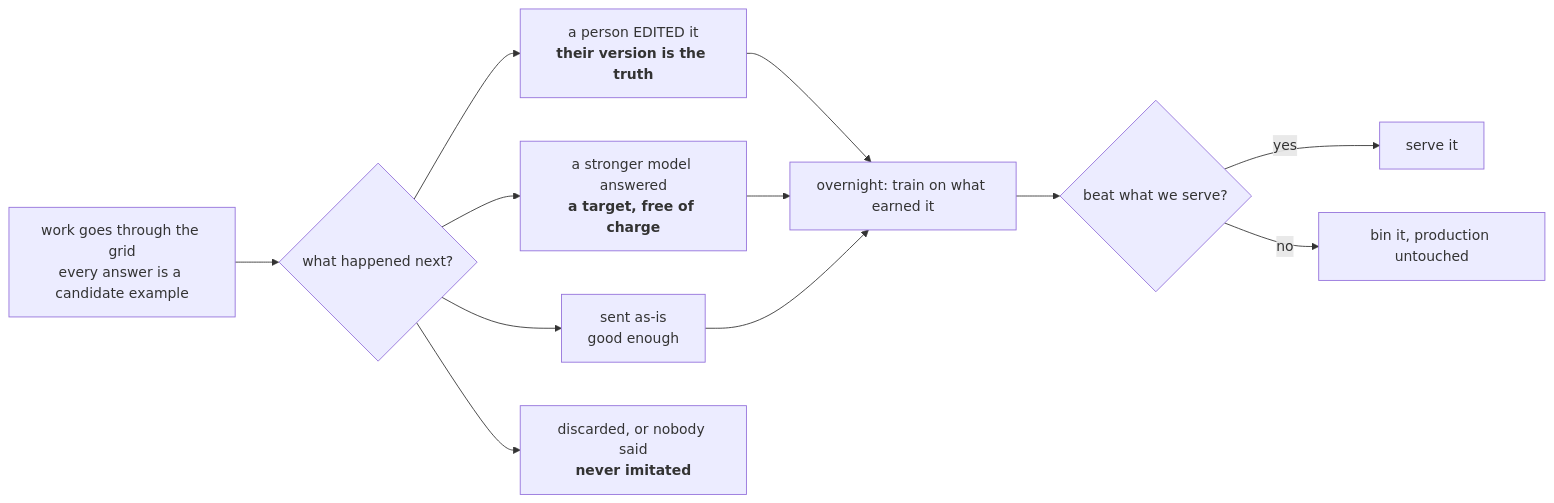
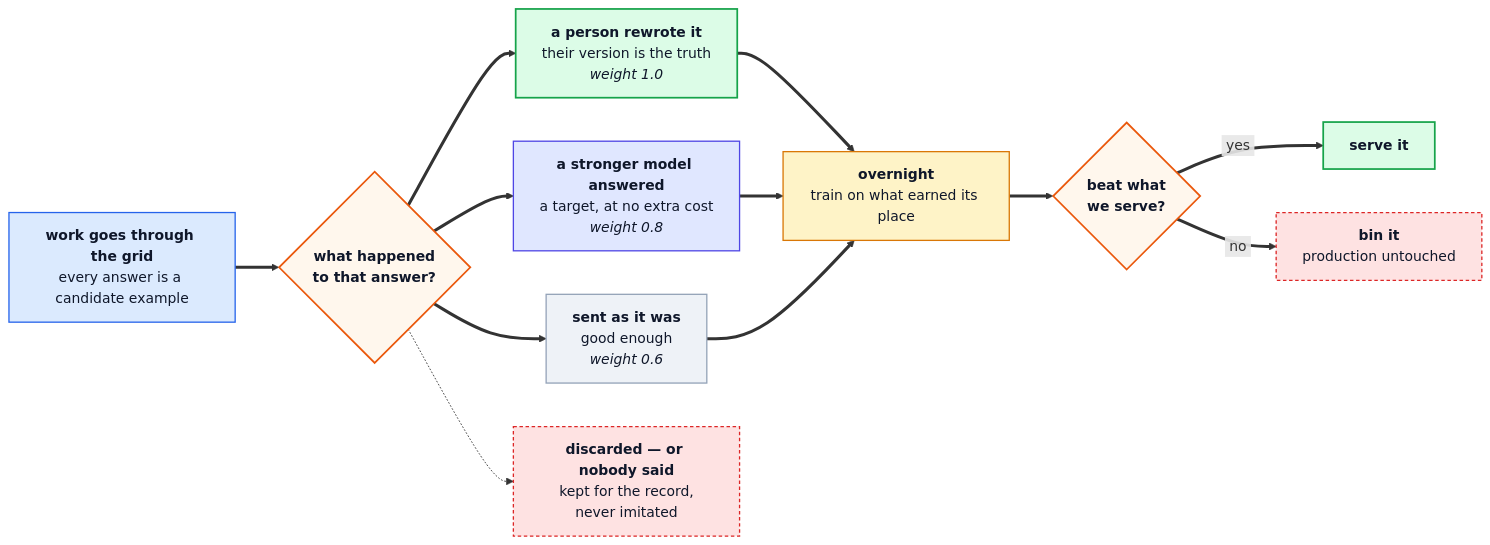
Before and after one commit to autonomous-ai/autonomous-grid: the fifth of 5 diagrams in train/README.md, drawn with Mermaid. The commit also changed other lines of this file, not shown here.

First line of the commit message:
docs(train): this file is the explainer — figures to match

````diff
--- a/train/README.md
+++ b/train/README.md
@@ -226,19 +264,38 @@
 ```mermaid
 flowchart LR
-  W["work goes through the grid<br/>every answer is a candidate example"]
-  V{"what happened next?"}
-  E["a person EDITED it<br/><b>their version is the truth</b>"]
-  T["a stronger model answered<br/><b>a target, free of charge</b>"]
-  A["sent as-is<br/>good enough"]
-  X["discarded, or nobody said<br/><b>never imitated</b>"]
-  N["overnight: train on what earned it"]
-  G{"beat what we serve?"}
-  W --> V
-  V --> E --> N
-  V --> T --> N
-  V --> A --> N
-  V --> X
-  N --> G
-  G -- yes --> S["serve it"]
-  G -- "no" --> D["bin it, production untouched"]
+  W["<b>work goes through the grid</b><br/>every answer is a candidate example"]
+  V{"<b>what happened<br/>to that answer?</b>"}
+  E["<b>a person rewrote it</b><br/>their version is the truth<br/><i>weight 1.0</i>"]
+  T["<b>a stronger model answered</b><br/>a target, at no extra cost<br/><i>weight 0.8</i>"]
+  A["<b>sent as it was</b><br/>good enough<br/><i>weight 0.6</i>"]
+  X["<b>discarded — or nobody said</b><br/>kept for the record,<br/>never imitated"]
+  N["<b>overnight</b><br/>train on what earned its place"]
+  G{"<b>beat what<br/>we serve?</b>"}
+  S["<b>serve it</b>"]
+  D["<b>bin it</b><br/>production untouched"]
+  W ==> V
+  V ==> E ==> N
+  V ==> T ==> N
+  V ==> A ==> N
+  V -.-> X
+  N ==> G
+  G == "&nbsp;yes&nbsp;" ==> S
+  G == "&nbsp;no&nbsp;" ==> D
+
+  classDef src fill:#dbeafe,stroke:#2563eb,stroke-width:1.5px,color:#0f172a
+  classDef ask fill:#fff7ed,stroke:#ea580c,stroke-width:2px,color:#0f172a
+  classDef human fill:#dcfce7,stroke:#16a34a,stroke-width:2px,color:#0f172a
+  classDef teacher fill:#e0e7ff,stroke:#4f46e5,stroke-width:1.5px,color:#0f172a
+  classDef weak fill:#eef2f7,stroke:#94a3b8,stroke-width:1.5px,color:#0f172a
+  classDef never fill:#fee2e2,stroke:#dc2626,stroke-width:1.5px,color:#0f172a,stroke-dasharray:4 3
+  classDef night fill:#fef3c7,stroke:#d97706,stroke-width:1.5px,color:#0f172a
+  class W src
+  class V,G ask
+  class E human
+  class T teacher
+  class A weak
+  class X never
+  class N night
+  class S human
+  class D never
 ```
````
